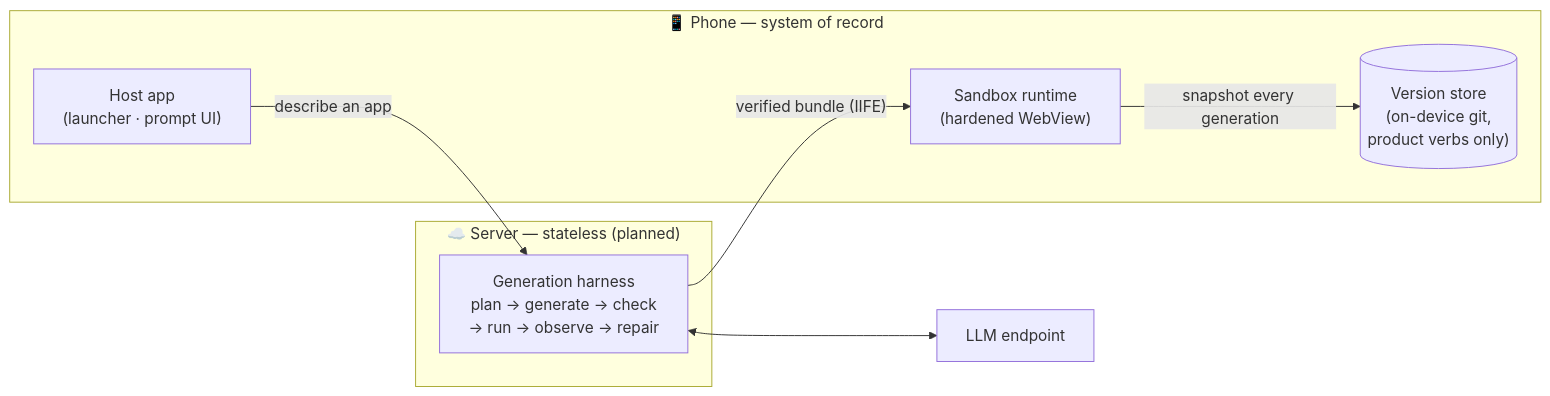
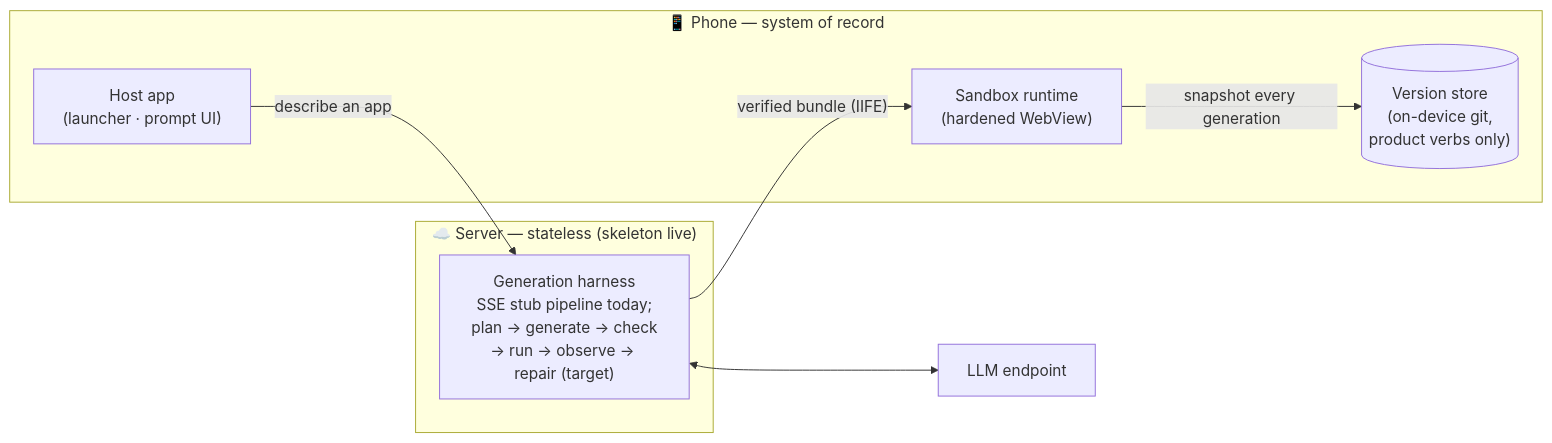
Before and after one commit to Davron2004/Whim: the first of 3 diagrams in README.md, drawn with Mermaid. The commit also changed other lines of this file and 38 other files, not shown here.

````diff
--- a/README.md
+++ b/README.md
@@ -29,16 +30,16 @@
 ```mermaid
 flowchart LR
     subgraph Phone["📱 Phone — system of record"]
         UI["Host app<br/>(launcher · prompt UI)"]
         RT["Sandbox runtime<br/>(hardened WebView)"]
         VS[("Version store<br/>(on-device git,<br/>product verbs only)")]
     end
-    subgraph Server["☁️ Server — stateless (planned)"]
-        H["Generation harness<br/>plan → generate → check<br/>→ run → observe → repair"]
+    subgraph Server["☁️ Server — stateless (skeleton live)"]
+        H["Generation harness<br/>SSE stub pipeline today;<br/>plan → generate → check<br/>→ run → observe → repair (target)"]
     end
     M["LLM endpoint"]
     UI -- "describe an app" --> H
     H <--> M
     H -- "verified bundle (IIFE)" --> RT
     RT -- "snapshot every generation" --> VS
 ```
````
